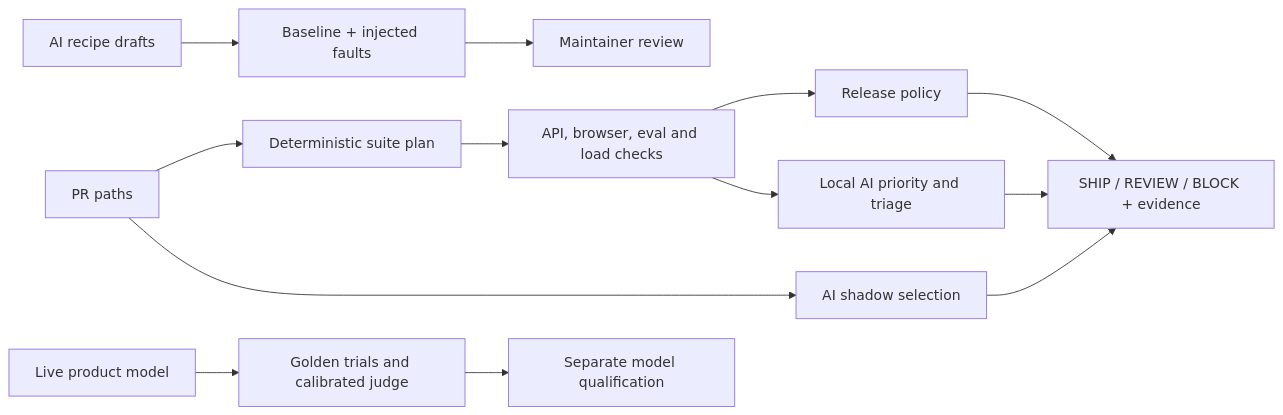
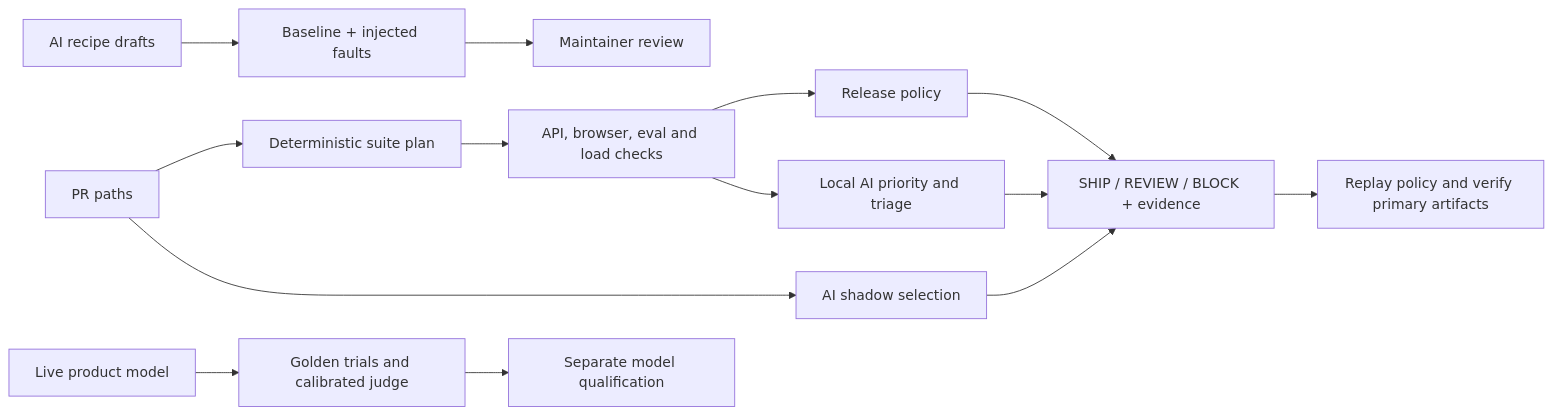
The diagram in docs/ARCHITECTURE.md (jsayram/ai-enabled-testing-pipeline-hh), drawn with Mermaid before and after one commit. The commit also changed other lines of this file and 28 other files, not shown here.

````diff
--- a/docs/ARCHITECTURE.md
+++ b/docs/ARCHITECTURE.md
@@ -5,15 +5,16 @@
 ```mermaid
 flowchart LR
   Diff[PR paths] --> Plan[Deterministic suite plan]
   Plan --> Checks[API, browser, eval and load checks]
   Checks --> Policy[Release policy]
   Policy --> Evidence[SHIP / REVIEW / BLOCK + evidence]
+  Evidence --> Verify[Replay policy and verify primary artifacts]
   Diff --> Shadow[AI shadow selection]
   Shadow --> Evidence
   Checks --> Advisory[Local AI priority and triage]
   Advisory --> Evidence
   Recipes[AI recipe drafts] --> Mutation[Baseline + injected faults]
   Mutation --> Review[Maintainer review]
   Candidate[Live product model] --> Eval[Golden trials and calibrated judge]
   Eval --> Promotion[Separate model qualification]
 ```
````
